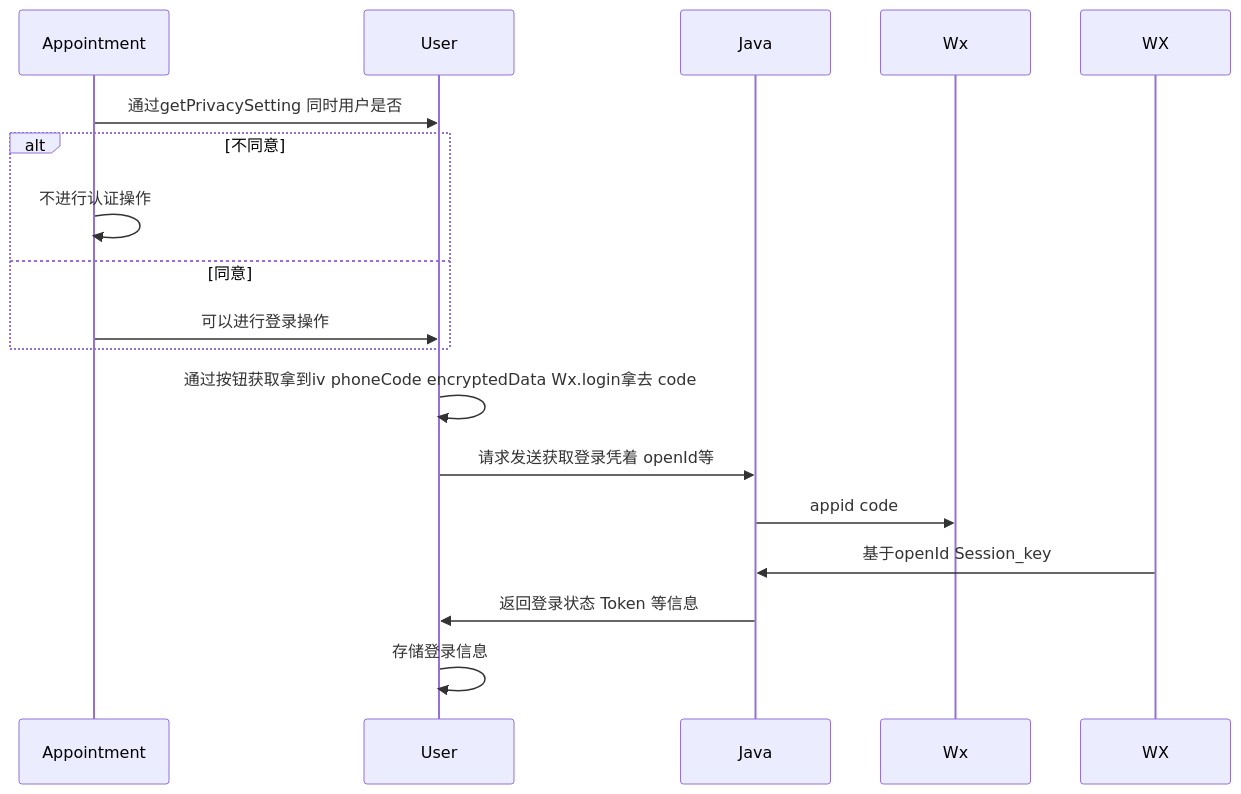
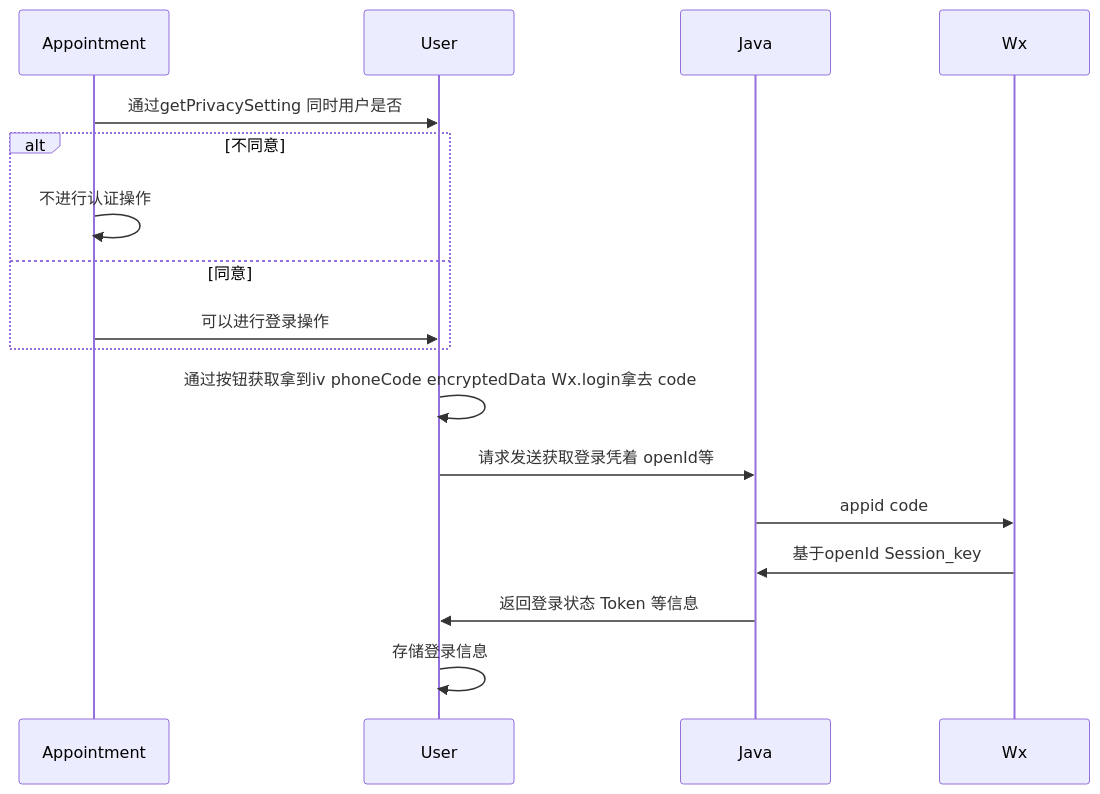
One commit to jwors/my_blogs changed the diagram in frame/miniProgram.md. Above: the diagram before and after it, drawn with Mermaid.

Commit message:
feat: 提交

````diff
--- a/frame/miniProgram.md
+++ b/frame/miniProgram.md
@@ -5,20 +5,20 @@
 ```mermaid
 sequenceDiagram
   participant Appointment
     participant User
     participant Java
   participant Wx
     Appointment->> User: 通过getPrivacySetting 同时用户是否
    alt 不同意
     Appointment ->> Appointment: 不进行认证操作
    else 同意
     Appointment ->> User: 可以进行登录操作
    end
   User ->> User: 通过按钮获取拿到iv phoneCode  encryptedData Wx.login拿去 code 
   User ->> Java: 请求发送获取登录凭着 openId等
   Java ->> Wx: appid code 
-  WX ->> Java: 基于openId  Session_key
+  Wx ->> Java: 基于openId  Session_key
   Java ->> User: 返回登录状态 Token 等信息
   User ->> User: 存储登录信息
    
 ```
````
